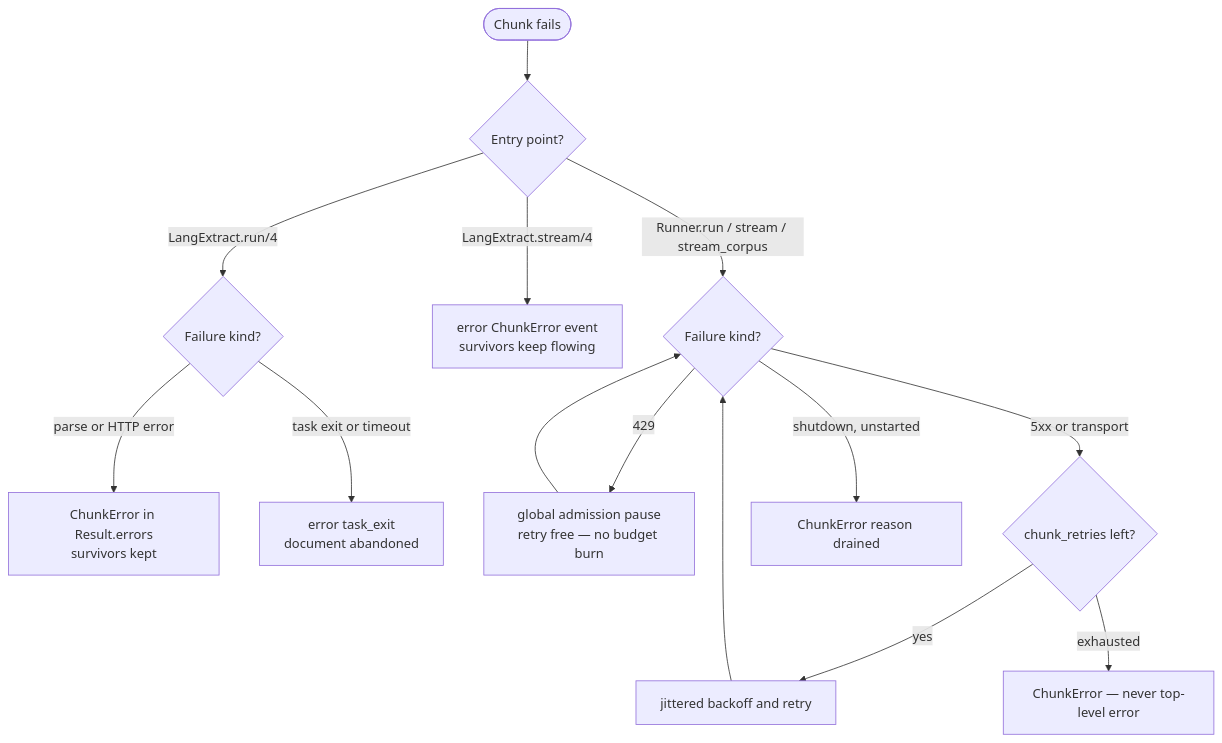
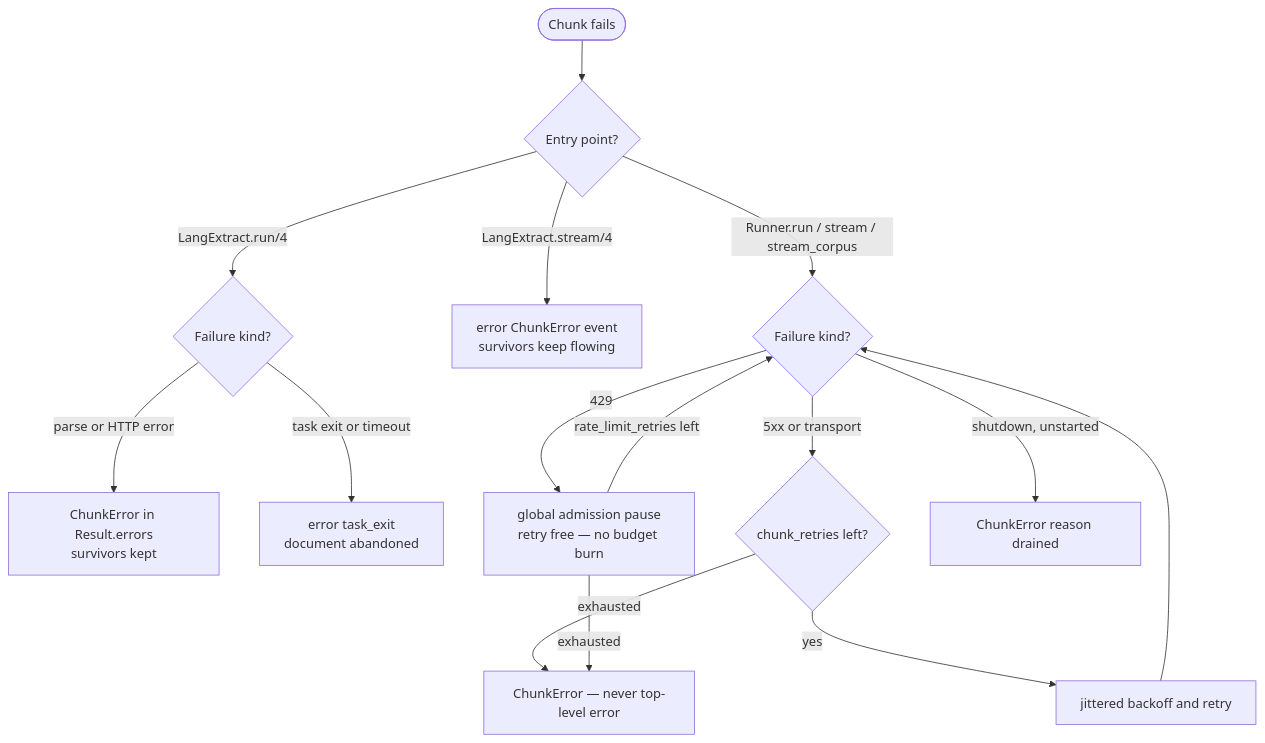
The third of 3 diagrams in guides/production.md (mdepolli/lang_extract), drawn with Mermaid before and after one commit. The commit also changed other lines of this file and 2 other files, not shown here.

Commit message:
Diagram fixes from review: real arrows, bounded retries, boxed fall-through.

````diff
--- a/guides/production.md
+++ b/guides/production.md
@@ -141,19 +141,20 @@
 ```mermaid
 flowchart TD
     Start([Chunk fails]) --> Mode{Entry point?}
 
     Mode -->|LangExtract.run/4| KindR{Failure kind?}
     KindR -->|parse or HTTP error| CE1["ChunkError in Result.errors<br/>survivors kept"]
     KindR -->|task exit or timeout| Err["error task_exit<br/>document abandoned"]
 
     Mode -->|LangExtract.stream/4| CE2["error ChunkError event<br/>survivors keep flowing"]
 
     Mode -->|Runner.run / stream / stream_corpus| KindX{Failure kind?}
     KindX -->|429| Pause["global admission pause<br/>retry free — no budget burn"]
     KindX -->|5xx or transport| Retry{chunk_retries left?}
     Retry -->|yes| Backoff[jittered backoff and retry]
     Backoff --> KindX
     Retry -->|exhausted| CE3["ChunkError — never top-level error"]
     KindX -->|shutdown, unstarted| Drain["ChunkError reason drained"]
-    Pause --> KindX
+    Pause -->|rate_limit_retries left| KindX
+    Pause -->|exhausted| CE3
 ```
````
